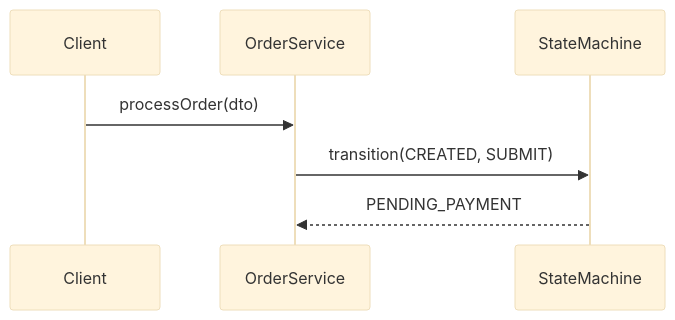
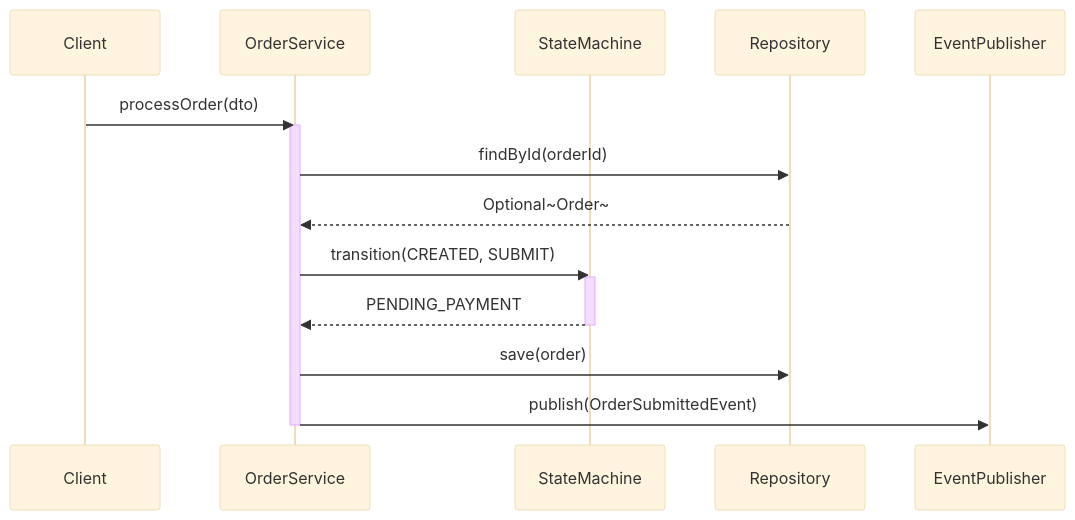
One commit to 82030615/devops-skills changed the sixth of 7 diagrams in java-deep-analysis/SKILL.md. Above: the diagram before and after it, drawn with Mermaid (base theme). The commit also changed other lines of this file and 2 other files, not shown here.

````diff
--- a/java-deep-analysis/SKILL.md
+++ b/java-deep-analysis/SKILL.md
@@ -188,9 +485,20 @@
 ```mermaid
 sequenceDiagram
     participant C as Client
     participant OS as OrderService
     participant SM as StateMachine
+    participant R as Repository
+    participant EP as EventPublisher
+    
     C->>OS: processOrder(dto)
+    activate OS
+    OS->>R: findById(orderId)
+    R-->>OS: Optional~Order~
     OS->>SM: transition(CREATED, SUBMIT)
+    activate SM
     SM-->>OS: PENDING_PAYMENT
+    deactivate SM
+    OS->>R: save(order)
+    OS->>EP: publish(OrderSubmittedEvent)
+    deactivate OS
 ```
````
